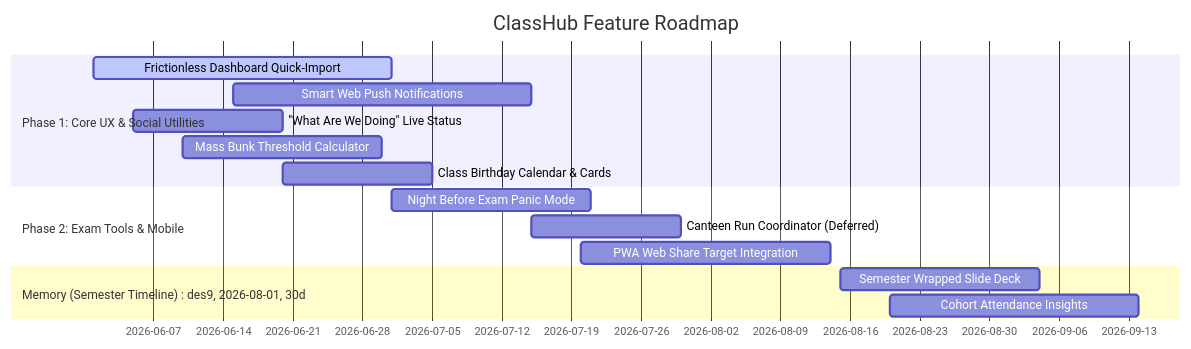
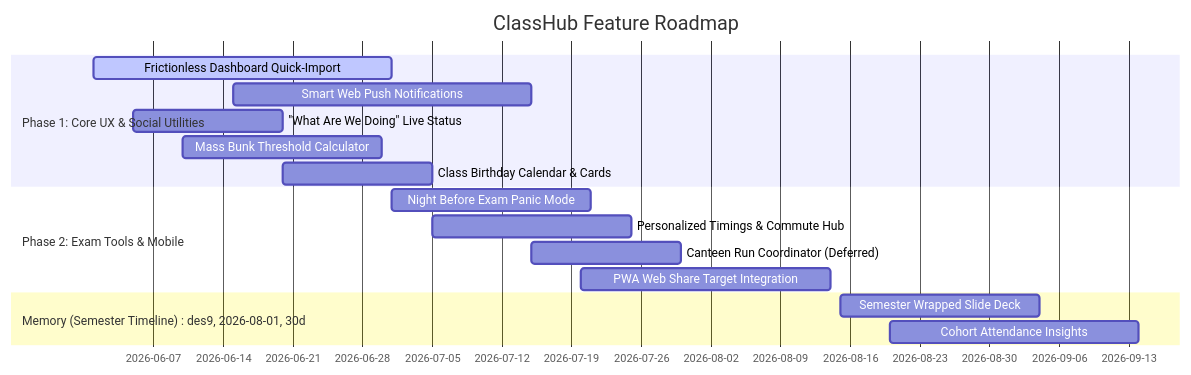
One commit to Hanu2908/ClassHub changed the diagram in docs/roadmap.md. Above: the diagram before and after it, drawn with Mermaid. The commit also changed other lines of this file and 11 other files, not shown here.

````diff
--- a/docs/roadmap.md
+++ b/docs/roadmap.md
@@ -9,19 +9,20 @@
 ```mermaid
 gantt
     title ClassHub Feature Roadmap
     dateFormat  YYYY-MM-DD
     section Phase 1: Core UX & Social Utilities
     Frictionless Dashboard Quick-Import :active, des1, 2026-06-01, 30d
     Smart Web Push Notifications        :      des2, 2026-06-15, 30d
     "What Are We Doing" Live Status     :      des3, 2026-06-05, 15d
     Mass Bunk Threshold Calculator      :      des4, 2026-06-10, 20d
     Class Birthday Calendar & Cards     :      des5, 2026-06-20, 15d
     section Phase 2: Exam Tools & Mobile
     Night Before Exam Panic Mode        :      des6, 2026-07-01, 20d
+    Personalized Timings & Commute Hub  :      des12, 2026-07-05, 20d
     Canteen Run Coordinator (Deferred)  :      des7, 2026-07-15, 15d
     PWA Web Share Target Integration    :      des8, 2026-07-20, 25d
     section Phase 3: Analytics & Memories
     Section Memory (Semester Timeline)  :      des9, 2026-08-01, 30d
     Semester Wrapped Slide Deck         :      des10, 2026-08-15, 20d
     Cohort Attendance Insights          :      des11, 2026-08-20, 25d
 ```
````
